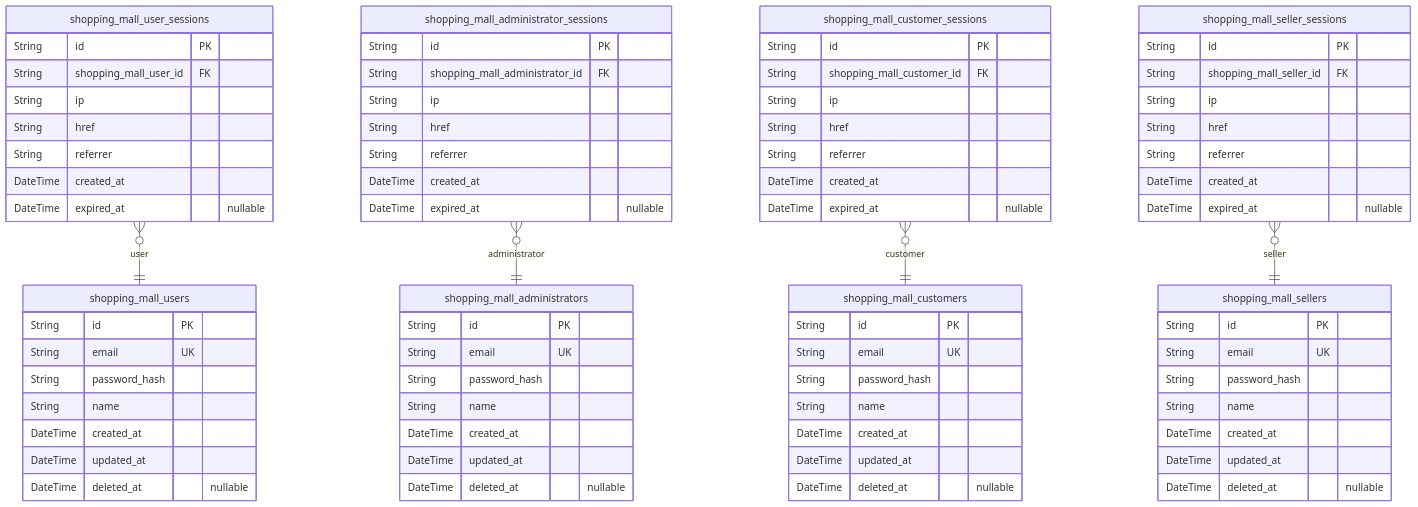
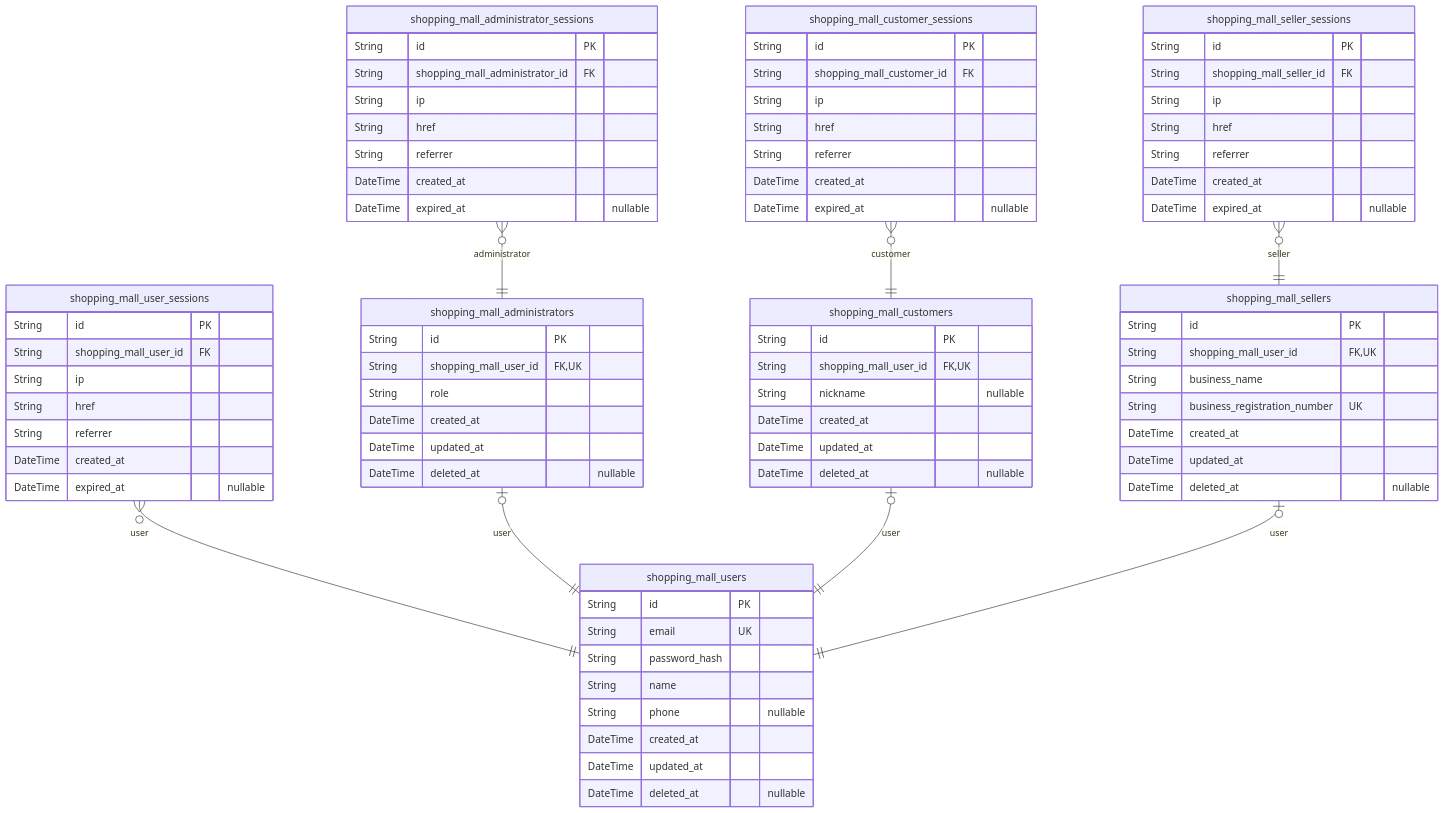
The second of 10 diagrams in mistralai/codestral-2508/shopping/docs/ERD.md (wrtnlabs/autobe-examples), drawn with Mermaid before and after one commit. The commit also changed other lines of this file and 7173 other files, not shown here.

````diff
--- a/mistralai/codestral-2508/shopping/docs/ERD.md
+++ b/mistralai/codestral-2508/shopping/docs/ERD.md
@@ -124,79 +131,81 @@
 ```mermaid
 erDiagram
 "shopping_mall_users" {
   String id PK
   String email UK
   String password_hash
   String name
+  String phone "nullable"
   DateTime created_at
   DateTime updated_at
   DateTime deleted_at "nullable"
 }
 "shopping_mall_user_sessions" {
   String id PK
   String shopping_mall_user_id FK
   String ip
   String href
   String referrer
   DateTime created_at
   DateTime expired_at "nullable"
 }
 "shopping_mall_administrators" {
   String id PK
-  String email UK
-  String password_hash
-  String name
+  String shopping_mall_user_id FK,UK
+  String role
   DateTime created_at
   DateTime updated_at
   DateTime deleted_at "nullable"
 }
 "shopping_mall_administrator_sessions" {
   String id PK
   String shopping_mall_administrator_id FK
   String ip
   String href
   String referrer
   DateTime created_at
   DateTime expired_at "nullable"
 }
 "shopping_mall_customers" {
   String id PK
-  String email UK
-  String password_hash
-  String name
+  String shopping_mall_user_id FK,UK
+  String nickname "nullable"
   DateTime created_at
   DateTime updated_at
   DateTime deleted_at "nullable"
 }
 "shopping_mall_customer_sessions" {
   String id PK
   String shopping_mall_customer_id FK
   String ip
   String href
   String referrer
   DateTime created_at
   DateTime expired_at "nullable"
 }
 "shopping_mall_sellers" {
   String id PK
-  String email UK
-  String password_hash
-  String name
+  String shopping_mall_user_id FK,UK
+  String business_name
+  String business_registration_number UK
   DateTime created_at
   DateTime updated_at
   DateTime deleted_at "nullable"
 }
 "shopping_mall_seller_sessions" {
   String id PK
   String shopping_mall_seller_id FK
   String ip
   String href
   String referrer
   DateTime created_at
   DateTime expired_at "nullable"
 }
 "shopping_mall_user_sessions" }o--|| "shopping_mall_users" : user
+"shopping_mall_administrators" |o--|| "shopping_mall_users" : user
 "shopping_mall_administrator_sessions" }o--|| "shopping_mall_administrators" : administrator
+"shopping_mall_customers" |o--|| "shopping_mall_users" : user
 "shopping_mall_customer_sessions" }o--|| "shopping_mall_customers" : customer
+"shopping_mall_sellers" |o--|| "shopping_mall_users" : user
 "shopping_mall_seller_sessions" }o--|| "shopping_mall_sellers" : seller
 ```
````
